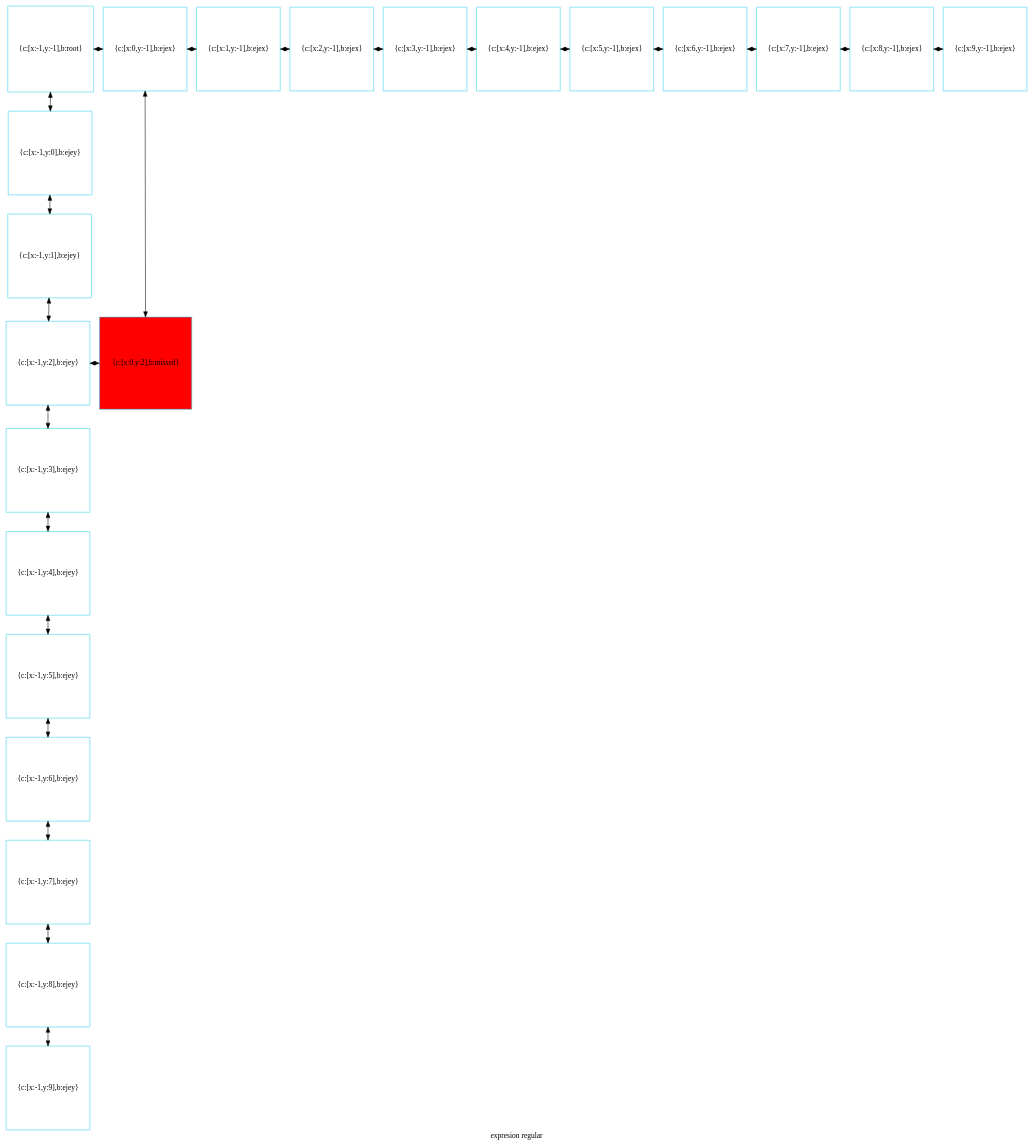
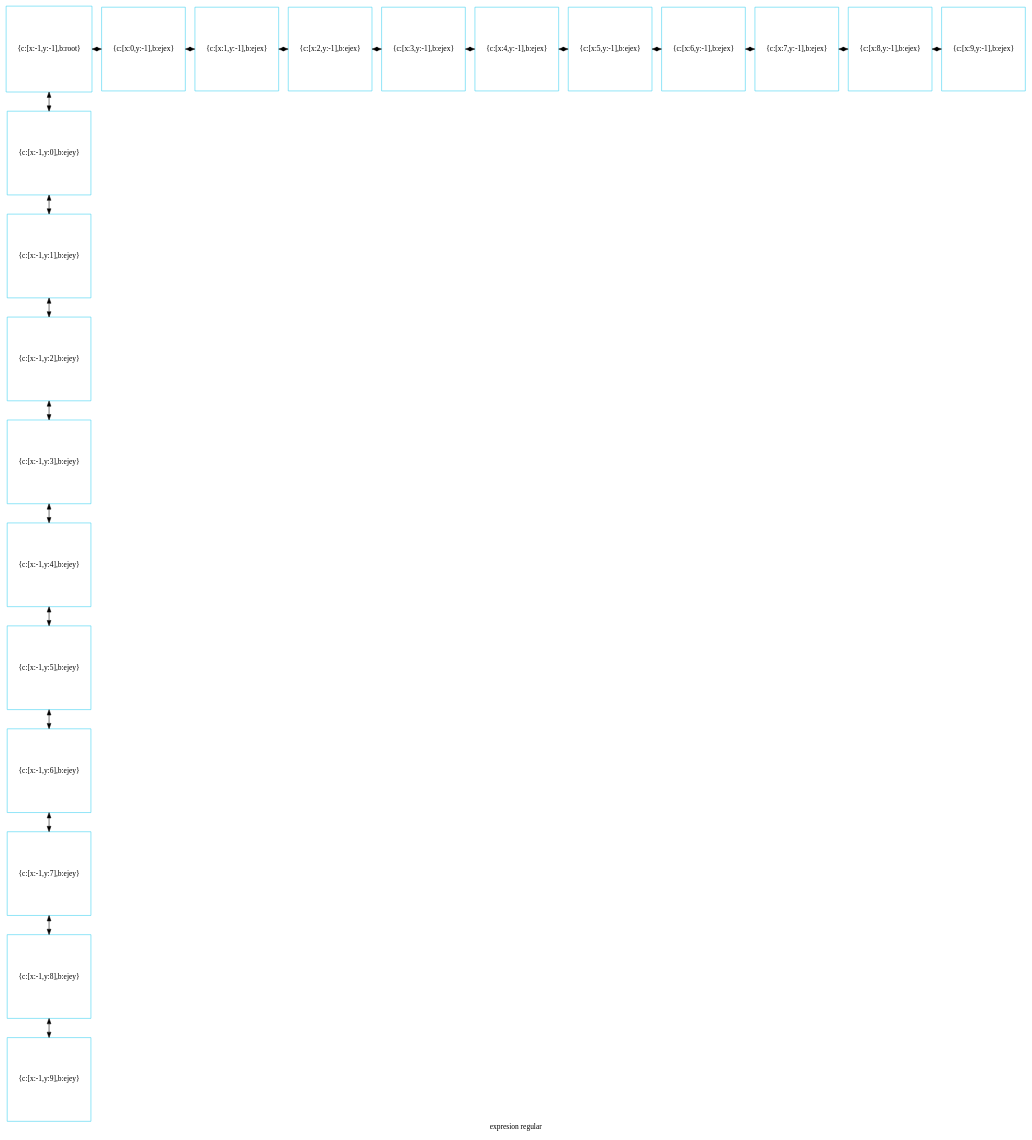
One commit to betebetoven/EDDS2F2 changed the diagram in disp_jug.dot. Above: the diagram before and after it, drawn with Graphviz. The commit also changed 7 other files, not shown here.

```diff
--- a/disp_jug.dot
+++ b/disp_jug.dot
@@ -1,64 +1,61 @@
 digraph G
 {label="expresion regular"
         node[shape = square]
         node[style = filled]
         node[fillcolor = "#EEEEE"]
         node[color = "#EEEEE"]
         node[color = "#31CEF0"]
 
-2386161840720[label="{c:[x:-1,y:-1],b:root}",fillcolor = "white"]
-2386161840864[label="{c:[x:0,y:-1],b:ejex}",fillcolor = "white"]
-2386161841008[label="{c:[x:1,y:-1],b:ejex}",fillcolor = "white"]
-2386161841152[label="{c:[x:2,y:-1],b:ejex}",fillcolor = "white"]
-2386161841296[label="{c:[x:3,y:-1],b:ejex}",fillcolor = "white"]
-2386161841440[label="{c:[x:4,y:-1],b:ejex}",fillcolor = "white"]
-2386161841584[label="{c:[x:5,y:-1],b:ejex}",fillcolor = "white"]
-2386161841728[label="{c:[x:6,y:-1],b:ejex}",fillcolor = "white"]
-2386161841872[label="{c:[x:7,y:-1],b:ejex}",fillcolor = "white"]
-2386161842016[label="{c:[x:8,y:-1],b:ejex}",fillcolor = "white"]
-2386161842160[label="{c:[x:9,y:-1],b:ejex}",fillcolor = "white"]
-2386161842304[label="{c:[x:-1,y:0],b:ejey}",fillcolor = "white"]
-2386161842448[label="{c:[x:-1,y:1],b:ejey}",fillcolor = "white"]
-2386161842592[label="{c:[x:-1,y:2],b:ejey}",fillcolor = "white"]
-2386161915824[label="{c:[x:0,y:2],b:missed}",fillcolor = "red"]
-2386161842736[label="{c:[x:-1,y:3],b:ejey}",fillcolor = "white"]
-2386161842880[label="{c:[x:-1,y:4],b:ejey}",fillcolor = "white"]
-2386161843024[label="{c:[x:-1,y:5],b:ejey}",fillcolor = "white"]
-2386161843168[label="{c:[x:-1,y:6],b:ejey}",fillcolor = "white"]
-2386161843312[label="{c:[x:-1,y:7],b:ejey}",fillcolor = "white"]
-2386161843456[label="{c:[x:-1,y:8],b:ejey}",fillcolor = "white"]
-2386161843600[label="{c:[x:-1,y:9],b:ejey}",fillcolor = "white"]
-2386161840720->2386161842304[dir = both];
-2386161842304->2386161842448[dir = both];
-2386161842448->2386161842592[dir = both];
-2386161842592->2386161842736[dir = both];
-2386161842736->2386161842880[dir = both];
-2386161842880->2386161843024[dir = both];
-2386161843024->2386161843168[dir = both];
-2386161843168->2386161843312[dir = both];
-2386161843312->2386161843456[dir = both];
-2386161843456->2386161843600[dir = both];
-2386161840864->2386161915824[dir = both];
-2386161840720->2386161840864[dir = both];
-2386161840864->2386161841008[dir = both];
-2386161841008->2386161841152[dir = both];
-2386161841152->2386161841296[dir = both];
-2386161841296->2386161841440[dir = both];
-2386161841440->2386161841584[dir = both];
-2386161841584->2386161841728[dir = both];
-2386161841728->2386161841872[dir = both];
-2386161841872->2386161842016[dir = both];
-2386161842016->2386161842160[dir = both];
-2386161842592->2386161915824[constraint=false,dir = both];
- {rank=same; 2386161840720;2386161840864;2386161841008;2386161841152;2386161841296;2386161841440;2386161841584;2386161841728;2386161841872;2386161842016;2386161842160;}
- {rank=same; 2386161842304;}
- {rank=same; 2386161842448;}
- {rank=same; 2386161842592;2386161915824;}
- {rank=same; 2386161842736;}
- {rank=same; 2386161842880;}
- {rank=same; 2386161843024;}
- {rank=same; 2386161843168;}
- {rank=same; 2386161843312;}
- {rank=same; 2386161843456;}
- {rank=same; 2386161843600;}
+2084962387952[label="{c:[x:-1,y:-1],b:root}",fillcolor = "white"]
+2084962388096[label="{c:[x:0,y:-1],b:ejex}",fillcolor = "white"]
+2084962388240[label="{c:[x:1,y:-1],b:ejex}",fillcolor = "white"]
+2084962388384[label="{c:[x:2,y:-1],b:ejex}",fillcolor = "white"]
+2084962388528[label="{c:[x:3,y:-1],b:ejex}",fillcolor = "white"]
+2084962388672[label="{c:[x:4,y:-1],b:ejex}",fillcolor = "white"]
+2084962388816[label="{c:[x:5,y:-1],b:ejex}",fillcolor = "white"]
+2084962388960[label="{c:[x:6,y:-1],b:ejex}",fillcolor = "white"]
+2084962389104[label="{c:[x:7,y:-1],b:ejex}",fillcolor = "white"]
+2084962389248[label="{c:[x:8,y:-1],b:ejex}",fillcolor = "white"]
+2084962389392[label="{c:[x:9,y:-1],b:ejex}",fillcolor = "white"]
+2084962389536[label="{c:[x:-1,y:0],b:ejey}",fillcolor = "white"]
+2084962389680[label="{c:[x:-1,y:1],b:ejey}",fillcolor = "white"]
+2084962389824[label="{c:[x:-1,y:2],b:ejey}",fillcolor = "white"]
+2084962389968[label="{c:[x:-1,y:3],b:ejey}",fillcolor = "white"]
+2084962390112[label="{c:[x:-1,y:4],b:ejey}",fillcolor = "white"]
+2084962390256[label="{c:[x:-1,y:5],b:ejey}",fillcolor = "white"]
+2084962390400[label="{c:[x:-1,y:6],b:ejey}",fillcolor = "white"]
+2084962390544[label="{c:[x:-1,y:7],b:ejey}",fillcolor = "white"]
+2084962390688[label="{c:[x:-1,y:8],b:ejey}",fillcolor = "white"]
+2084962390832[label="{c:[x:-1,y:9],b:ejey}",fillcolor = "white"]
+2084962387952->2084962389536[dir = both];
+2084962389536->2084962389680[dir = both];
+2084962389680->2084962389824[dir = both];
+2084962389824->2084962389968[dir = both];
+2084962389968->2084962390112[dir = both];
+2084962390112->2084962390256[dir = both];
+2084962390256->2084962390400[dir = both];
+2084962390400->2084962390544[dir = both];
+2084962390544->2084962390688[dir = both];
+2084962390688->2084962390832[dir = both];
+2084962387952->2084962388096[dir = both];
+2084962388096->2084962388240[dir = both];
+2084962388240->2084962388384[dir = both];
+2084962388384->2084962388528[dir = both];
+2084962388528->2084962388672[dir = both];
+2084962388672->2084962388816[dir = both];
+2084962388816->2084962388960[dir = both];
+2084962388960->2084962389104[dir = both];
+2084962389104->2084962389248[dir = both];
+2084962389248->2084962389392[dir = both];
+ {rank=same; 2084962387952;2084962388096;2084962388240;2084962388384;2084962388528;2084962388672;2084962388816;2084962388960;2084962389104;2084962389248;2084962389392;}
+ {rank=same; 2084962389536;}
+ {rank=same; 2084962389680;}
+ {rank=same; 2084962389824;}
+ {rank=same; 2084962389968;}
+ {rank=same; 2084962390112;}
+ {rank=same; 2084962390256;}
+ {rank=same; 2084962390400;}
+ {rank=same; 2084962390544;}
+ {rank=same; 2084962390688;}
+ {rank=same; 2084962390832;}
 }
```
